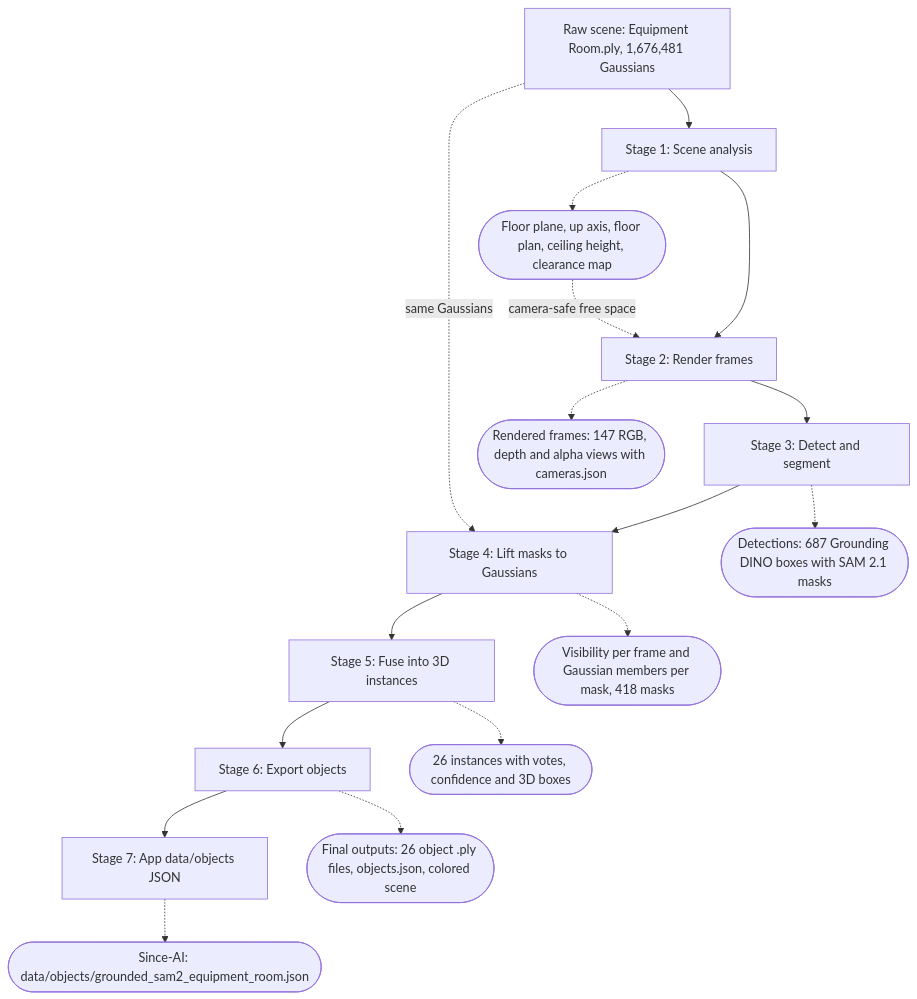
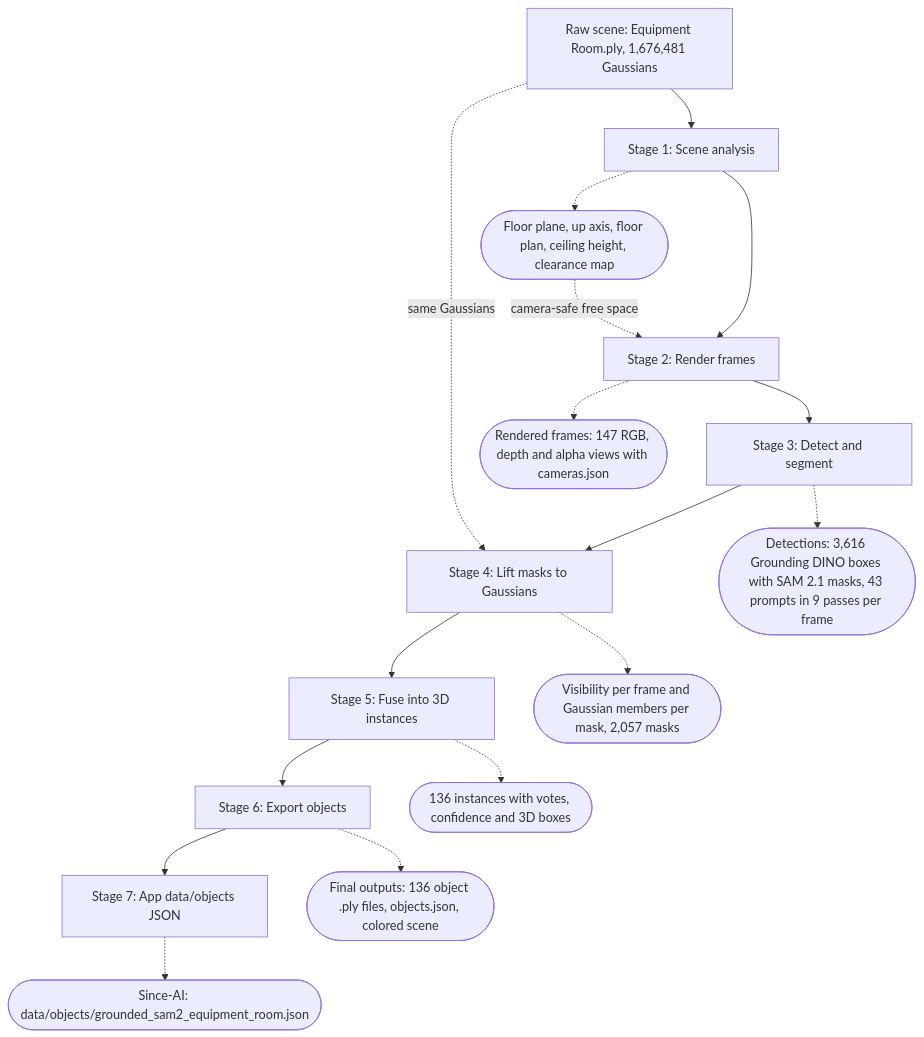
The diagram in Objects-Extraction/GroundingDino-SAM2/docs/README.md (HaroonRiasat1/since-ai-valmet), drawn with Mermaid before and after one commit. The commit also changed other lines of this file and 25 other files, not shown here.

First line of the commit message:
Extract objects for the 43 prompts in objects_to_extract.json

````diff
--- a/Objects-Extraction/GroundingDino-SAM2/docs/README.md
+++ b/Objects-Extraction/GroundingDino-SAM2/docs/README.md
@@ -19,28 +19,28 @@
 ```mermaid
 flowchart TD
     raw["Raw scene: Equipment Room.ply, 1,676,481 Gaussians"]
     s1["Stage 1: Scene analysis"]
     s2["Stage 2: Render frames"]
     s3["Stage 3: Detect and segment"]
     s4["Stage 4: Lift masks to Gaussians"]
     s5["Stage 5: Fuse into 3D instances"]
     s6["Stage 6: Export objects"]
     s7["Stage 7: App data/objects JSON"]
     a1(["Floor plane, up axis, floor plan, ceiling height, clearance map"])
     a2(["Rendered frames: 147 RGB, depth and alpha views with cameras.json"])
-    a3(["Detections: 687 Grounding DINO boxes with SAM 2.1 masks"])
-    a4(["Visibility per frame and Gaussian members per mask, 418 masks"])
-    a5(["26 instances with votes, confidence and 3D boxes"])
-    a6(["Final outputs: 26 object .ply files, objects.json, colored scene"])
+    a3(["Detections: 3,616 Grounding DINO boxes with SAM 2.1 masks, 43 prompts in 9 passes per frame"])
+    a4(["Visibility per frame and Gaussian members per mask, 2,057 masks"])
+    a5(["136 instances with votes, confidence and 3D boxes"])
+    a6(["Final outputs: 136 object .ply files, objects.json, colored scene"])
     a7(["Since-AI: data/objects/grounded_sam2_equipment_room.json"])
     raw --> s1 --> s2 --> s3 --> s4 --> s5 --> s6 --> s7
     s1 -.-> a1
     s2 -.-> a2
     s3 -.-> a3
     s4 -.-> a4
     s5 -.-> a5
     s6 -.-> a6
     s7 -.-> a7
     a1 -.->|"camera-safe free space"| s2
     raw -.->|"same Gaussians"| s4
 ```
````
